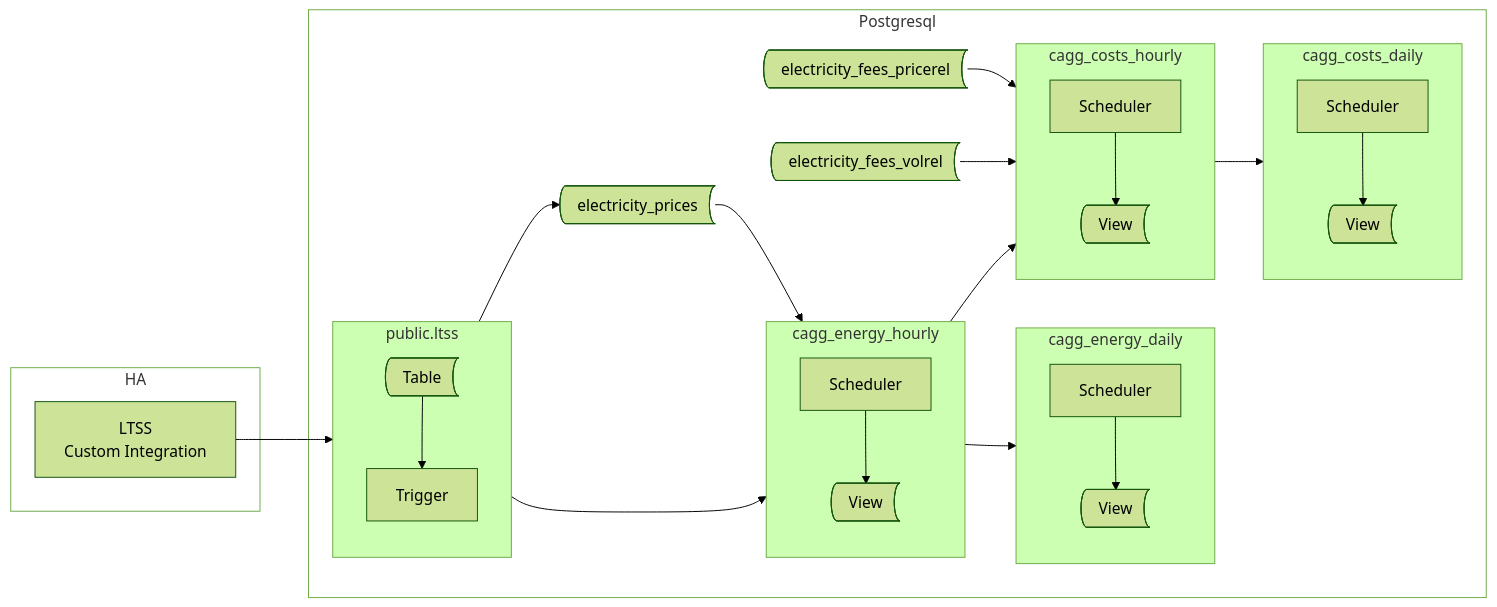
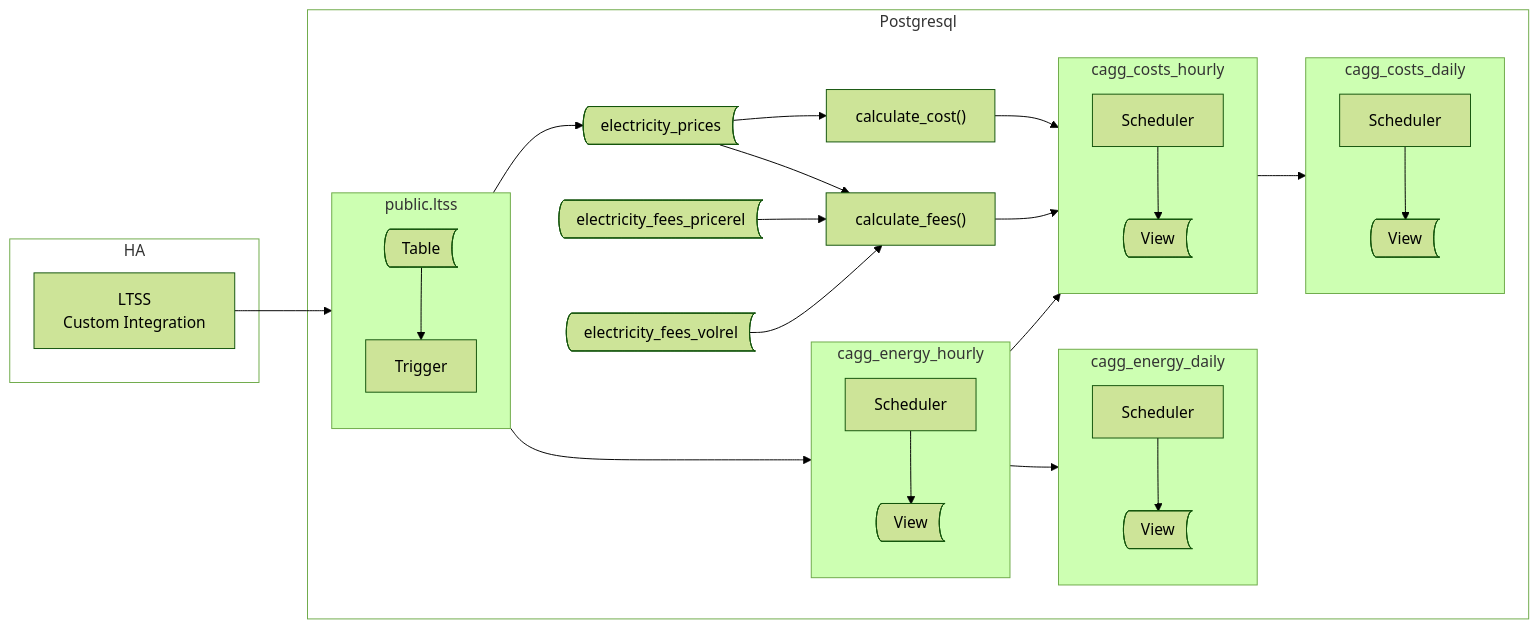
One commit to michalk-k/Home-Assistant-TimscaleDB changed the diagram in ha-energy-spot.md. Above: the diagram before and after it, drawn with Mermaid (forest theme). The commit also changed other lines of this file and 3 other files, not shown here.

````diff
--- a/ha-energy-spot.md
+++ b/ha-energy-spot.md
@@ -20,63 +17,71 @@
 ```mermaid
 flowchart LR
 
     subgraph Postgresql
         style Postgresql fill:transparent
         style HA fill:transparent
 
         t_prices@{ shape: bow-rect, label: "electricity_prices" }
         t_feesp@{ shape: bow-rect, label: "electricity_fees_pricerel" }
         t_feesv@{ shape: bow-rect, label: "electricity_fees_volrel" }
+
+        f_costs@{ shape: rect, label: "calculate_cost()" }
+        f_fees@{ shape: rect, label: "calculate_fees()" }
 
         subgraph public.ltss
             direction TB
             t_ltss@{ shape: bow-rect, label: "Table" }
             tr_ltss@{ shape: rect, label: "Trigger" }
         end
 
         subgraph cagg_energy_hourly
             direction TB
             v_energy_h@{ shape: bow-rect, label: "View" }
             p_energy_h@{ shape: rect, label: "Scheduler" }
         end
 
         subgraph cagg_energy_daily
             direction TB
             v_energy_d@{ shape: bow-rect, label: "View" }
             p_energy_d@{ shape: rect, label: "Scheduler" }
         end
 
         subgraph cagg_costs_hourly
             direction TB
             v_costs_h@{ shape: bow-rect, label: "View" }
             p_costs_h@{ shape: rect, label: "Scheduler" }
         end
 
         subgraph cagg_costs_daily
             direction TB
             v_costs_d@{ shape: bow-rect, label: "View" }
             p_costs_d@{ shape: rect, label: "Scheduler" }
         end
 
     end
 
     subgraph HA
         
         p_ltss@{ shape: rect, label: "LTSS\nCustom Integration" }
     end
 
     v_energy_h-->p_energy_d
     t_ltss-->p_energy_h
-    t_prices-->p_energy_h
-    t_feesp-->p_costs_h
-    t_feesv-->p_costs_h
     tr_ltss-->t_prices
     p_ltss-->t_ltss
     p_energy_h-->v_energy_h
     p_energy_d-->v_energy_d
     v_energy_h-->p_costs_h
     v_costs_h-->p_costs_d
     p_costs_h-->v_costs_h
     p_costs_d-->v_costs_d
     t_ltss-->tr_ltss
+
+    f_costs-->p_costs_h
+    f_fees-->p_costs_h
+
+    t_prices-->f_costs
+    t_prices-->f_fees
+    t_feesp-->f_fees
+    t_feesv-->f_fees
 ```
````
